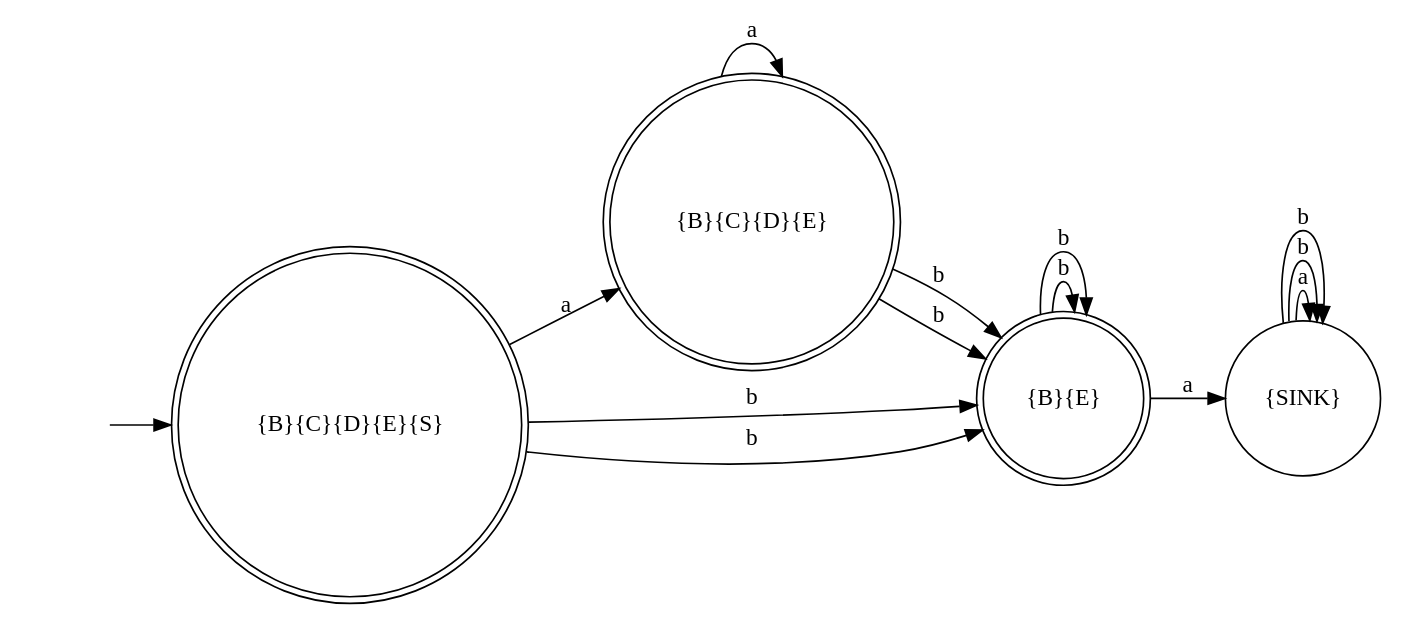
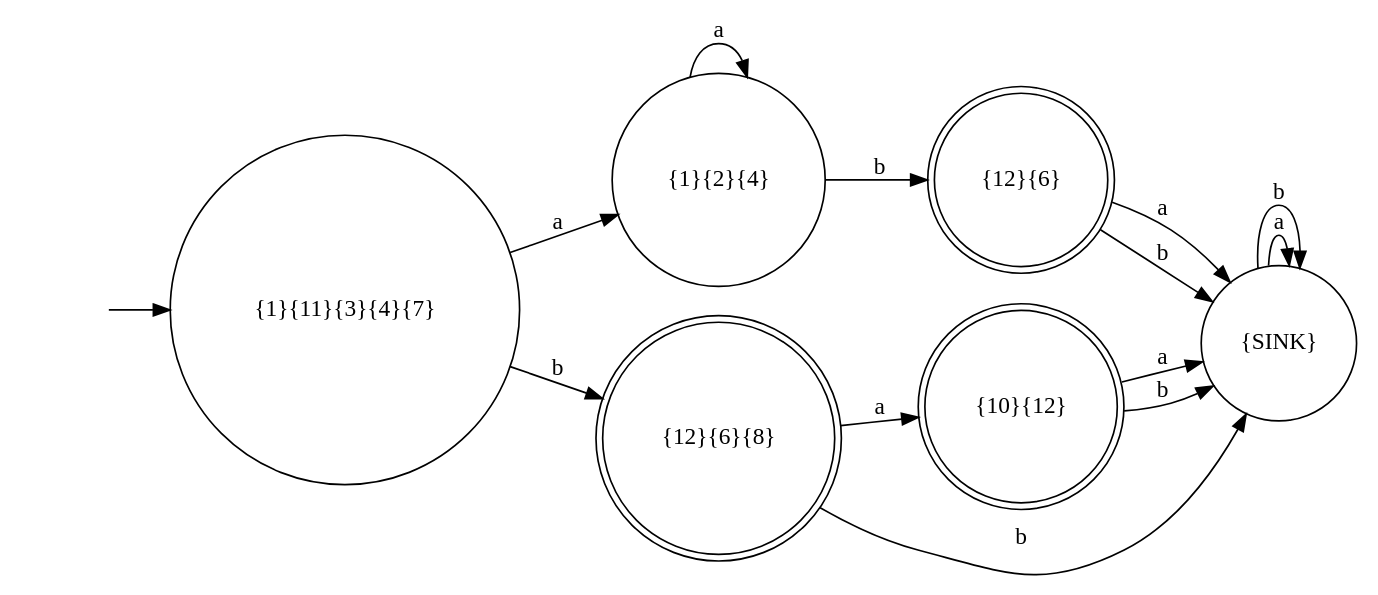
Before and after one commit to arjen0203/AutomataReader: the diagram in Automate Picture/AutomataConvertedDFAPicture.dot, drawn with Graphviz. The commit also changed 39 other files, not shown here.

```diff
--- a/Automate Picture/AutomataConvertedDFAPicture.dot
+++ b/Automate Picture/AutomataConvertedDFAPicture.dot
@@ -1,22 +1,24 @@
 digraph myAutomatonDFA { 
 rankdir=LR; 
 "" [shape=none] 
-"{B}{C}{D}{E}{S}" [shape=doublecircle] 
-"{B}{C}{D}{E}" [shape=doublecircle] 
-"{B}{E}" [shape=doublecircle] 
+"{1}{11}{3}{4}{7}" [shape=circle] 
+"{1}{2}{4}" [shape=circle] 
+"{12}{6}{8}" [shape=doublecircle] 
+"{12}{6}" [shape=doublecircle] 
+"{10}{12}" [shape=doublecircle] 
 "{SINK}" [shape=circle] 
 
-"" -> "{B}{C}{D}{E}{S}" 
-"{B}{C}{D}{E}{S}" -> "{B}{C}{D}{E}" [label="a"] 
-"{B}{C}{D}{E}{S}" -> "{B}{E}" [label="b"] 
-"{B}{C}{D}{E}{S}" -> "{B}{E}" [label="b"] 
-"{B}{C}{D}{E}" -> "{B}{C}{D}{E}" [label="a"] 
-"{B}{C}{D}{E}" -> "{B}{E}" [label="b"] 
-"{B}{C}{D}{E}" -> "{B}{E}" [label="b"] 
-"{B}{E}" -> "{SINK}" [label="a"] 
-"{B}{E}" -> "{B}{E}" [label="b"] 
-"{B}{E}" -> "{B}{E}" [label="b"] 
+"" -> "{1}{11}{3}{4}{7}" 
+"{1}{11}{3}{4}{7}" -> "{1}{2}{4}" [label="a"] 
+"{1}{11}{3}{4}{7}" -> "{12}{6}{8}" [label="b"] 
+"{1}{2}{4}" -> "{1}{2}{4}" [label="a"] 
+"{1}{2}{4}" -> "{12}{6}" [label="b"] 
+"{12}{6}{8}" -> "{10}{12}" [label="a"] 
+"{12}{6}{8}" -> "{SINK}" [label="b"] 
+"{12}{6}" -> "{SINK}" [label="a"] 
+"{12}{6}" -> "{SINK}" [label="b"] 
+"{10}{12}" -> "{SINK}" [label="a"] 
+"{10}{12}" -> "{SINK}" [label="b"] 
 "{SINK}" -> "{SINK}" [label="a"] 
 "{SINK}" -> "{SINK}" [label="b"] 
-"{SINK}" -> "{SINK}" [label="b"] 
 }
```
